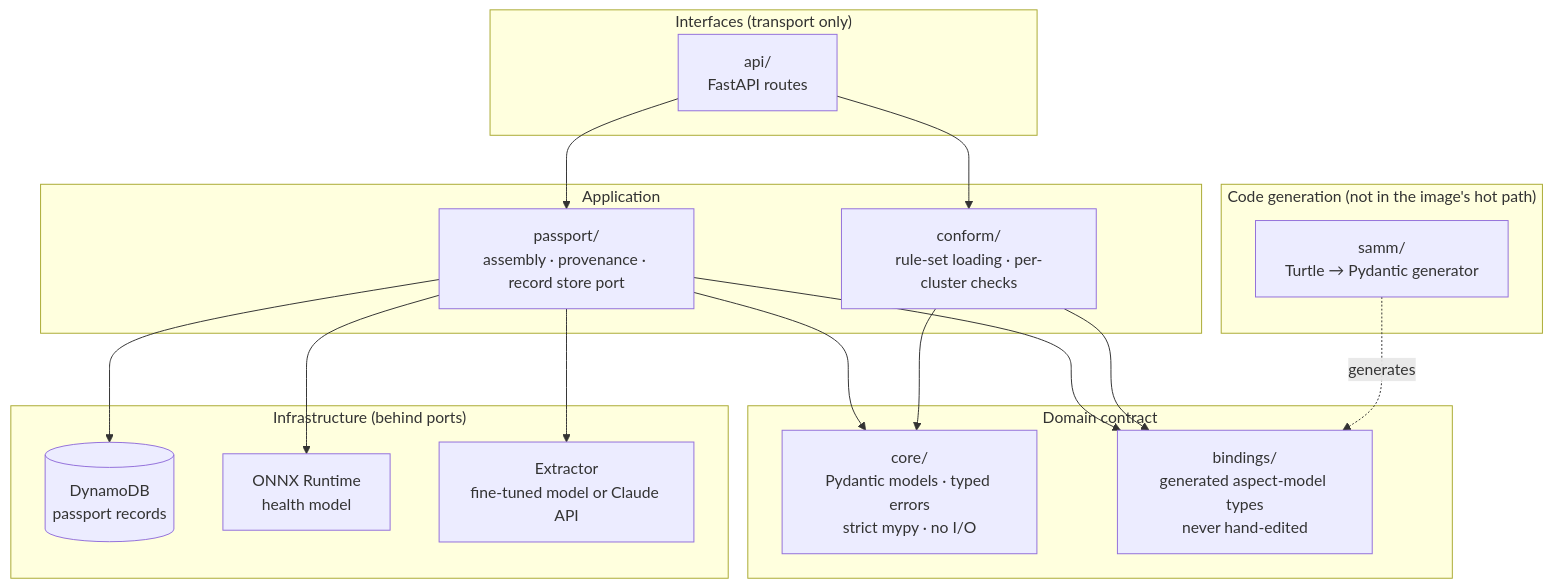
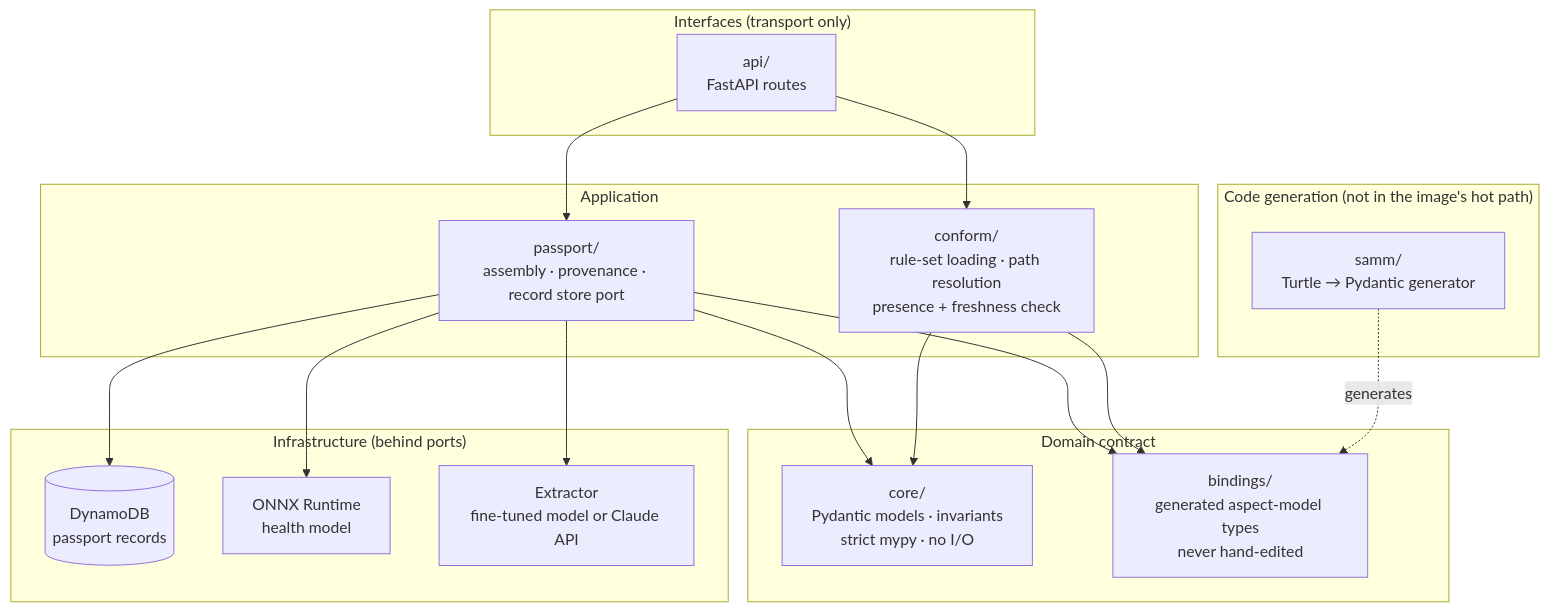
The first of 2 diagrams in docs/ARCHITECTURE.md (harshal0001/batteriepass), drawn with Mermaid before and after one commit. The commit also changed other lines of this file and 11 other files, not shown here.

Commit message:
Judge a passport against its rule set, cluster by cluster (#6)

````diff
--- a/docs/ARCHITECTURE.md
+++ b/docs/ARCHITECTURE.md
@@ -12,33 +12,33 @@
 ```mermaid
 flowchart TB
     subgraph IF["Interfaces (transport only)"]
         API["api/<br/>FastAPI routes"]
     end
     subgraph APP["Application"]
         PASS["passport/<br/>assembly · provenance · record store port"]
-        CONF["conform/<br/>rule-set loading · per-cluster checks"]
+        CONF["conform/<br/>rule-set loading · path resolution<br/>presence + freshness check"]
     end
     subgraph DOM["Domain contract"]
-        CORE["core/<br/>Pydantic models · typed errors<br/>strict mypy · no I/O"]
+        CORE["core/<br/>Pydantic models · invariants<br/>strict mypy · no I/O"]
         BIND["bindings/<br/>generated aspect-model types<br/>never hand-edited"]
     end
     subgraph GEN["Code generation (not in the image's hot path)"]
         SAMM["samm/<br/>Turtle → Pydantic generator"]
     end
     subgraph INFRA["Infrastructure (behind ports)"]
         DDB[("DynamoDB<br/>passport records")]
         ONNX["ONNX Runtime<br/>health model"]
         LLM["Extractor<br/>fine-tuned model or Claude API"]
     end
 
     API --> PASS
     API --> CONF
     PASS --> CORE
     CONF --> CORE
     PASS --> BIND
     CONF --> BIND
     SAMM -. generates .-> BIND
     PASS --> DDB
     PASS --> ONNX
     PASS --> LLM
 ```
````
